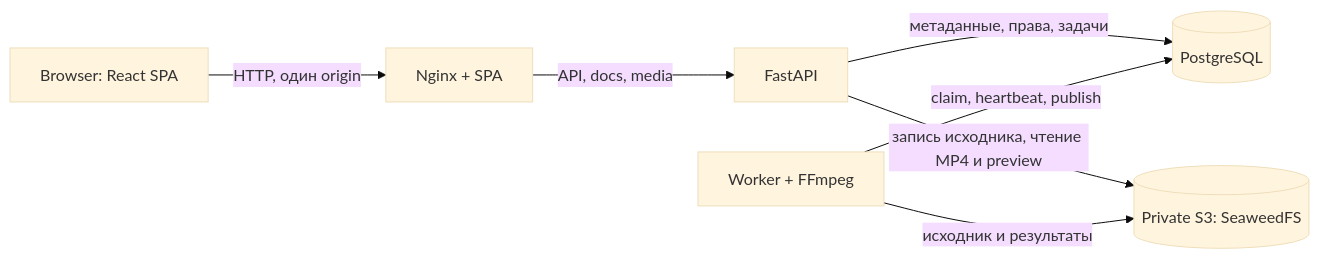
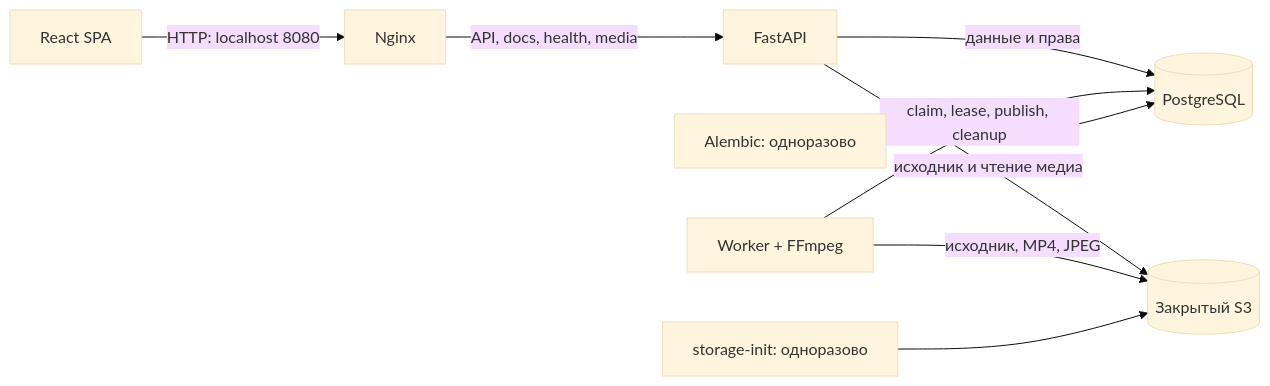
The first of 3 diagrams in docs/architecture.md (xp0ssx/Video-service), drawn with Mermaid (base theme) before and after one commit. The commit also changed other lines of this file and 15 other files, not shown here.

````diff
--- a/docs/architecture.md
+++ b/docs/architecture.md
@@ -30,9 +23,11 @@
 ```mermaid
 flowchart LR
-    browser[Browser: React SPA] -->|HTTP, один origin| web[Nginx + SPA]
-    web -->|API, docs, media| api[FastAPI]
-    api -->|метаданные, права, задачи| db[(PostgreSQL)]
-    api -->|запись исходника, чтение MP4 и preview| storage[(Private S3: SeaweedFS)]
-    worker[Worker + FFmpeg] -->|claim, heartbeat, publish| db
-    worker -->|исходник и результаты| storage
+    browser[React SPA] -->|HTTP: localhost 8080| web[Nginx]
+    web -->|API, docs, health, media| api[FastAPI]
+    api -->|данные и права| db[(PostgreSQL)]
+    api -->|исходник и чтение медиа| storage[(Закрытый S3)]
+    worker[Worker + FFmpeg] -->|claim, lease, publish, cleanup| db
+    worker -->|исходник, MP4, JPEG| storage
+    migrate[Alembic: одноразово] --> db
+    init[storage-init: одноразово] --> storage
 ```
````
